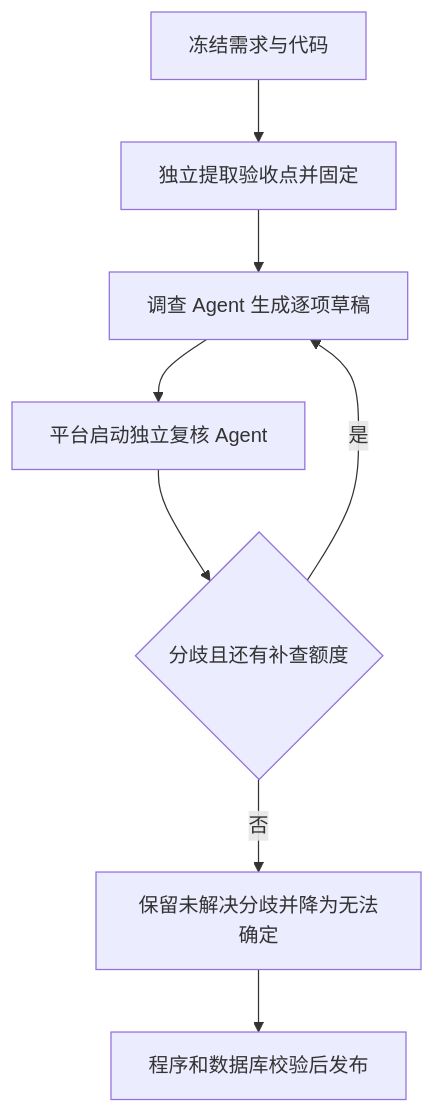
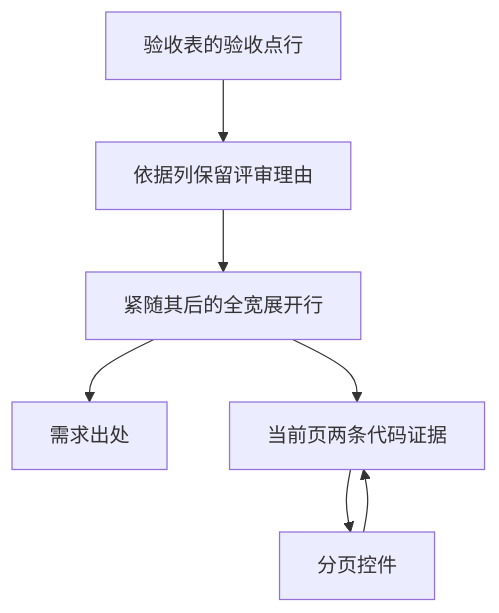
One commit to xyx1028/codeReviewPlatform changed the diagram in 需求开发评审一致性平台/V1.43-验收点评审与独立复核/需求开发评审一致性平台-V1.43验收点评审与独立复核-最终执行方案.md. Above: the diagram before and after it, drawn with Mermaid. The commit also changed other lines of this file and 3 other files, not shown here.

````diff
--- a/需求开发评审一致性平台/V1.43-验收点评审与独立复核/需求开发评审一致性平台-V1.43验收点评审与独立复核-最终执行方案.md
+++ b/需求开发评审一致性平台/V1.43-验收点评审与独立复核/需求开发评审一致性平台-V1.43验收点评审与独立复核-最终执行方案.md
@@ -30,10 +29,9 @@
 ```mermaid
 flowchart TD
-  A[冻结需求与代码] --> B[独立提取验收点并固定]
-  B --> C[调查 Agent 生成逐项草稿]
-  C --> D[平台启动独立复核 Agent]
-  D --> E{分歧且还有补查额度}
-  E -->|是| C
-  E -->|否| F[保留未解决分歧并降为无法确定]
-  F --> G[程序和数据库校验后发布]
+  A[验收表的验收点行] --> B[依据列保留评审理由]
+  B --> C[紧随其后的全宽展开行]
+  C --> D[需求出处]
+  C --> E[当前页两条代码证据]
+  E --> F[分页控件]
+  F --> E
 ```
````
